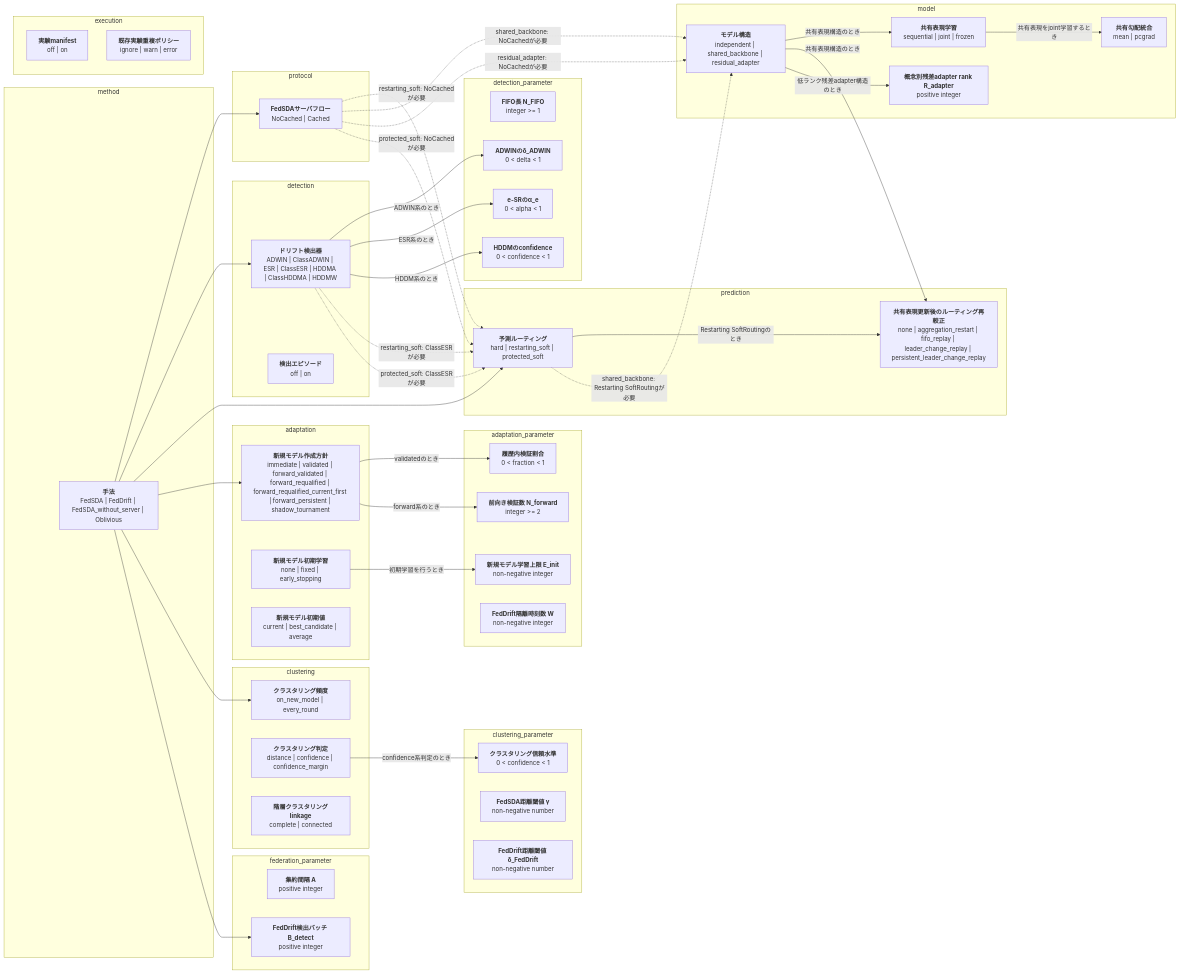
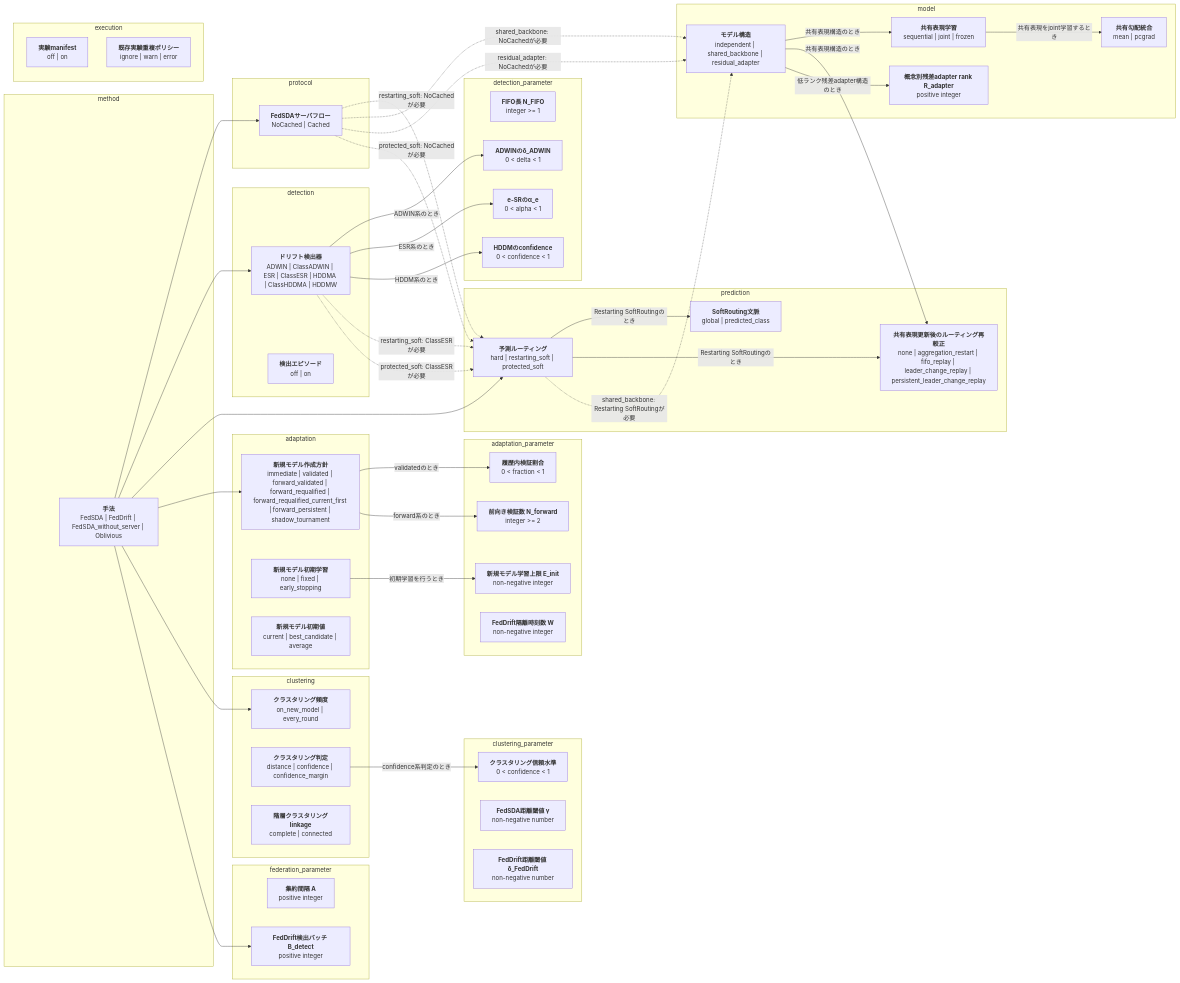
The first of 2 diagrams in docs/options.md (shimmen3141/FedSDA-experiment), drawn with Mermaid before and after one commit. The commit also changed other lines of this file and 10 other files, not shown here.

Commit message:
Add predicted-class contextual soft routing

```diff
--- a/docs/options.md
+++ b/docs/options.md
@@ -29,6 +29,7 @@
   end
   subgraph group_prediction[prediction]
     routing["<b>予測ルーティング</b><br/>hard | restarting_soft | protected_soft"]
+    soft_routing_context["<b>SoftRouting文脈</b><br/>global | predicted_class"]
     shared_backbone_routing_recalibration["<b>共有表現更新後のルーティング再較正</b><br/>none | aggregation_restart | fifo_replay | leader_change_replay | persistent_leader_change_replay"]
   end
   subgraph group_model[model]
@@ -72,6 +73,7 @@
     experiment_manifest["<b>実験manifest</b><br/>off | on"]
     duplicate_policy["<b>既存実験重複ポリシー</b><br/>ignore | warn | error"]
   end
+  routing -->|"Restarting SoftRoutingのとき"| soft_routing_context
   model_architecture -->|"共有表現構造のとき"| shared_backbone_training
   shared_backbone_training -->|"共有表現をjoint学習するとき"| shared_backbone_gradient_strategy
   model_architecture -->|"共有表現構造のとき"| shared_backbone_routing_recalibration
```
